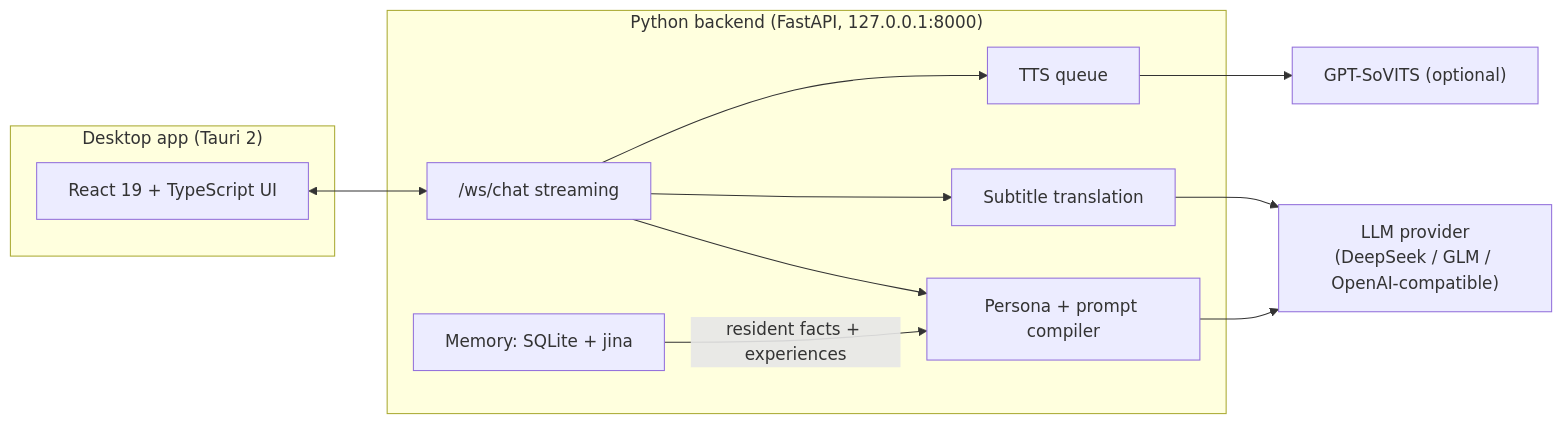
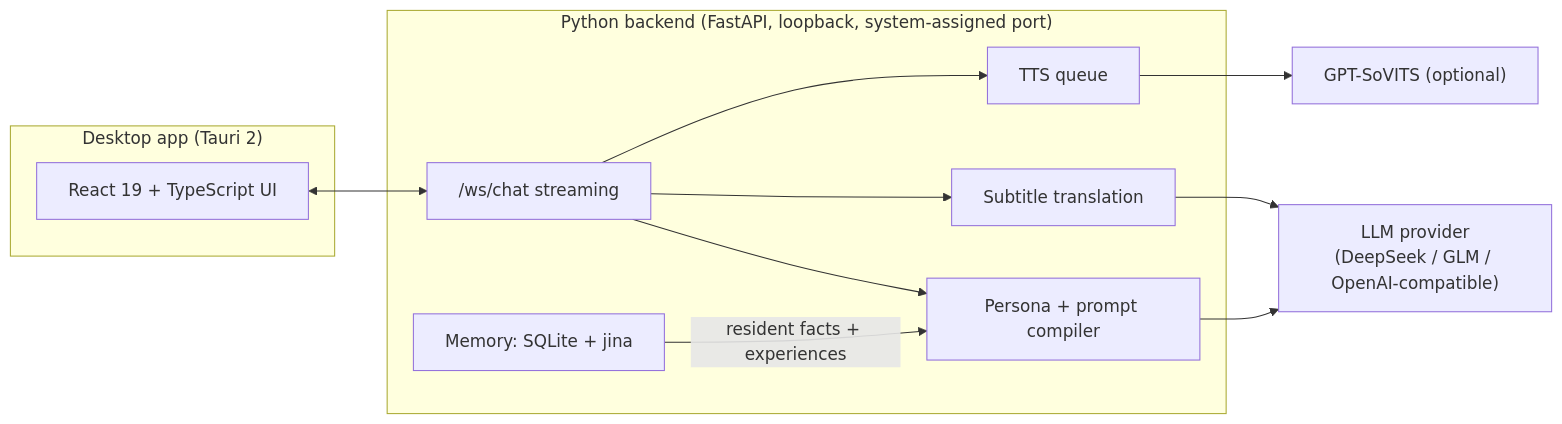
Before and after one commit to meditecnic/AMADEUS: the diagram in README.md, drawn with Mermaid. The commit also changed other lines of this file, not shown here.

````diff
--- a/README.md
+++ b/README.md
@@ -26,20 +26,20 @@
 ```mermaid
 flowchart LR
   subgraph Desktop["Desktop app (Tauri 2)"]
     UI["React 19 + TypeScript UI"]
   end
-  subgraph Backend["Python backend (FastAPI, 127.0.0.1:8000)"]
+  subgraph Backend["Python backend (FastAPI, loopback, system-assigned port)"]
     WS["/ws/chat streaming"]
     Persona["Persona + prompt compiler"]
     Mem["Memory: SQLite + jina"]
     Tr["Subtitle translation"]
     TTS["TTS queue"]
   end
   LLM["LLM provider<br/>(DeepSeek / GLM / OpenAI-compatible)"]
   Sovits["GPT-SoVITS (optional)"]
   UI <--> WS
   WS --> Persona --> LLM
   Mem -- "resident facts + experiences" --> Persona
   WS --> Tr --> LLM
   WS --> TTS --> Sovits
 ```
````
